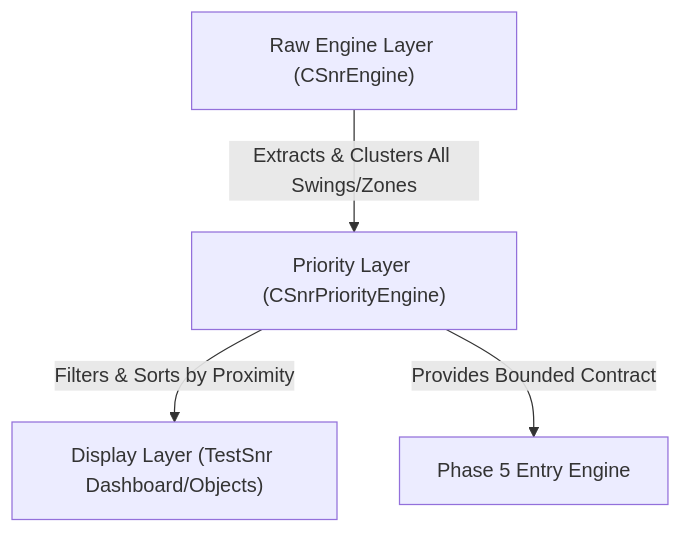
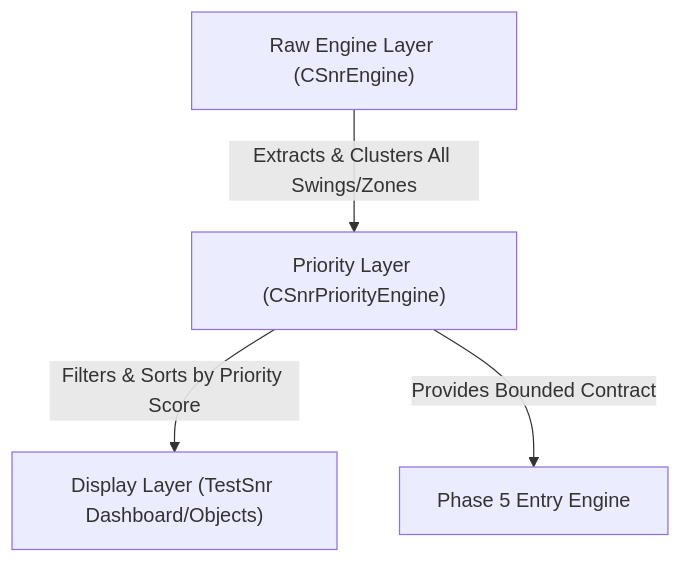
One commit to Mrizalfahlepi/xauusd_chatgpt changed the diagram in SPRINT_3_4_IMPLEMENTATION_PLAN.md. Above: the diagram before and after it, drawn with Mermaid. The commit also changed other lines of this file and 1 other file, not shown here.

````diff
--- a/SPRINT_3_4_IMPLEMENTATION_PLAN.md
+++ b/SPRINT_3_4_IMPLEMENTATION_PLAN.md
@@ -22,6 +22,6 @@
 ```mermaid
 graph TD
     A["Raw Engine Layer (CSnrEngine)"] -->|Extracts & Clusters All Swings/Zones| B["Priority Layer (CSnrPriorityEngine)"]
-    B -->|Filters & Sorts by Proximity| C["Display Layer (TestSnr Dashboard/Objects)"]
+    B -->|Filters & Sorts by Priority Score| C["Display Layer (TestSnr Dashboard/Objects)"]
     B -->|Provides Bounded Contract| D["Phase 5 Entry Engine"]
 ```
````
